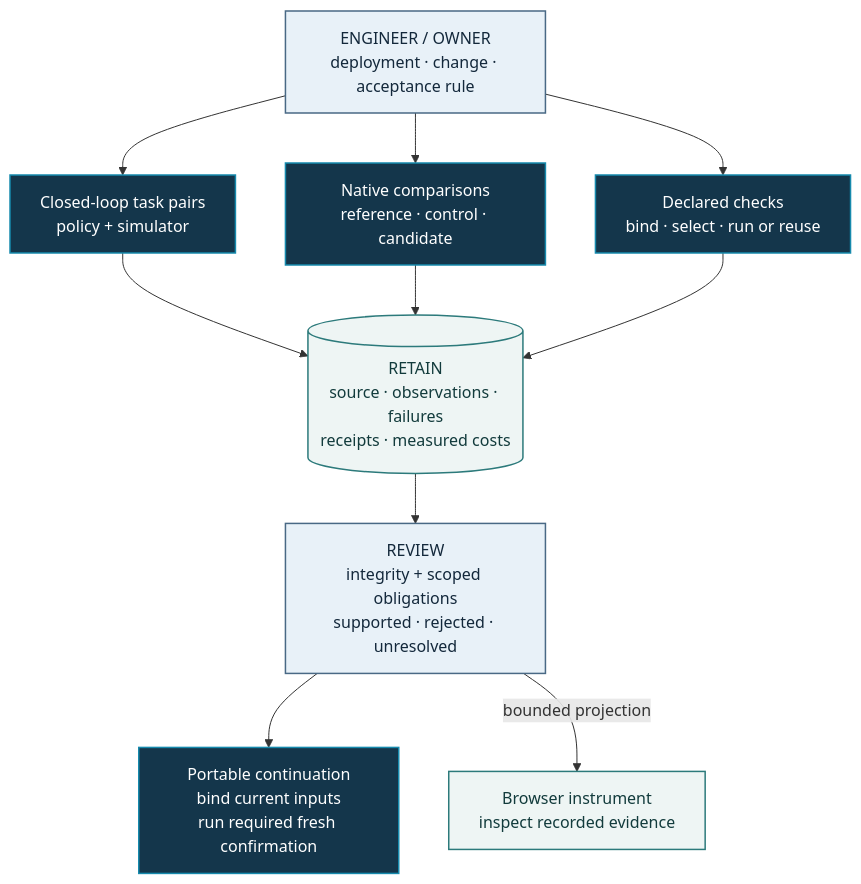
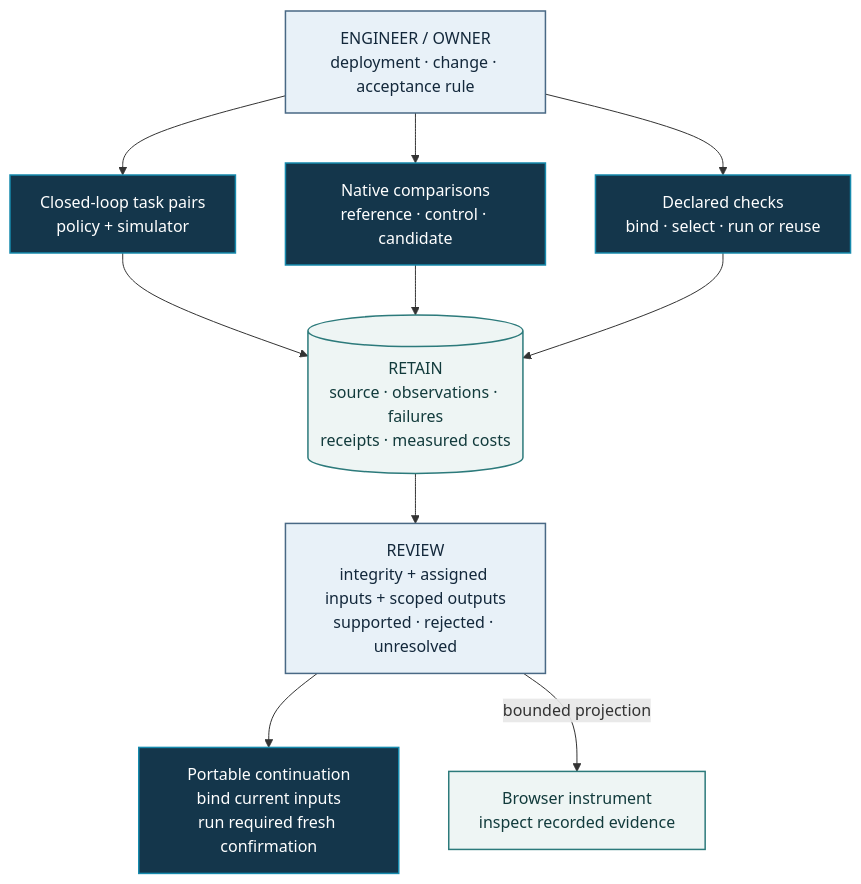
The first of 4 diagrams in README.md (manfromnowhere143/nisayon), drawn with Mermaid before and after one commit. The commit also changed other lines of this file and 123 other files, not shown here.

First line of the commit message:
Publish Phase II mechanisms and assigned-input evidence

````diff
--- a/README.md
+++ b/README.md
@@ -83,21 +87,21 @@
 ```mermaid
 flowchart TB
     accTitle: Nisayon implementation, ownership and evidence boundaries
-    accDescr: An engineer owns the deployment, dependency declarations and acceptance rule. Explicit commands enter one of three implemented execution paths. Each retains its own records. Scoped readers inspect those records without executing owner code; the browser displays bounded projections. These paths do not form a general autonomous dispatcher, and none grants deployment acceptance by itself.
+    accDescr: An engineer owns the deployment, dependency declarations and acceptance rule. Explicit commands enter one of three implemented execution paths. Each retains its own records. Scoped readers inspect those records without executing owner code; the Phase II supplement checks its full frozen input assignment as well as outputs. The browser displays bounded projections. These paths do not form a general autonomous dispatcher, and none grants deployment acceptance by itself.
     O["ENGINEER / OWNER<br/>deployment · change · acceptance rule"]:::contract
     L["Closed-loop task pairs<br/>policy + simulator"]:::execution
     N["Native comparisons<br/>reference · control · candidate"]:::execution
     Q["Declared checks<br/>bind · select · run or reuse"]:::execution
     O --> L
     O --> N
     O --> Q
     L --> E[("RETAIN<br/>source · observations · failures<br/>receipts · measured costs")]:::record
     N --> E
     Q --> E
-    E --> R["REVIEW<br/>integrity + scoped obligations<br/>supported · rejected · unresolved"]:::contract
+    E --> R["REVIEW<br/>integrity + assigned inputs + scoped outputs<br/>supported · rejected · unresolved"]:::contract
     R --> P["Portable continuation<br/>bind current inputs<br/>run required fresh confirmation"]:::execution
     R -- "bounded projection" --> U["Browser instrument<br/>inspect recorded evidence"]:::record
     classDef contract fill:#e8f1f8,stroke:#496985,color:#13283b,stroke-width:1.5px
     classDef execution fill:#14364b,stroke:#168aad,color:#ffffff,stroke-width:1.5px
     classDef record fill:#eef5f4,stroke:#2c7a7b,color:#123b3c,stroke-width:1.5px
 ```
````
